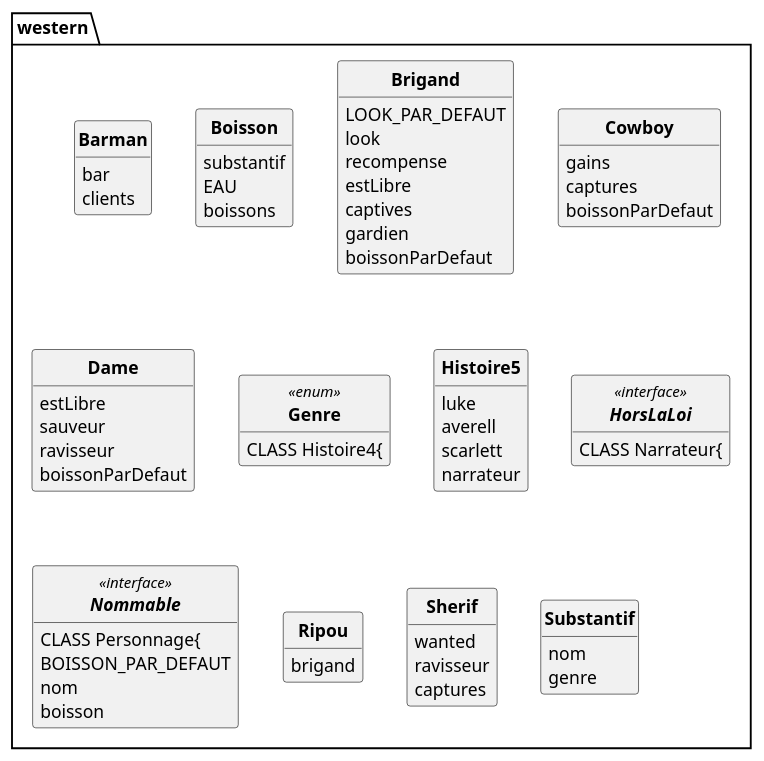
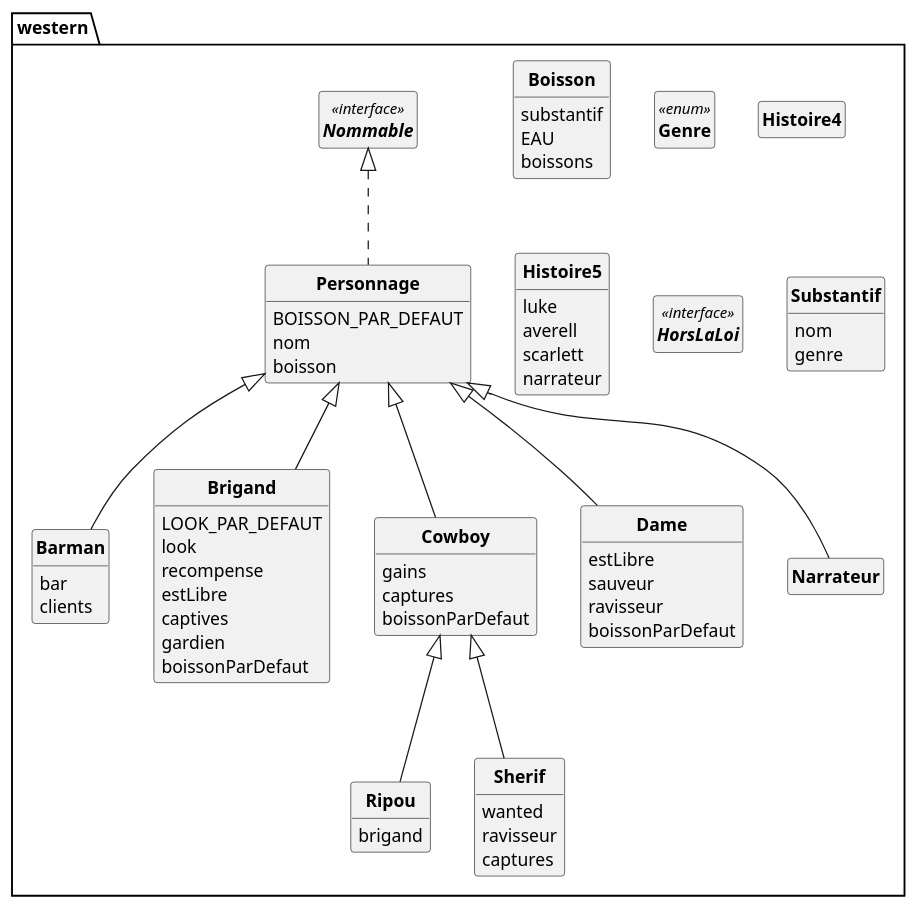
One commit to D3B1RUM4N/PumlFromJava changed the diagram in out/production/p21_projet/pumlCode.puml. Above: the diagram before and after it, drawn with PlantUML. The commit also changed 16 other files, not shown here.

Commit message:
je crois le diagramme generer est bon

```diff
--- a/out/production/p21_projet/pumlCode.puml
+++ b/out/production/p21_projet/pumlCode.puml
@@ -1,100 +1,105 @@
 @startuml
 
 'UML GENERE PAR CODE :)
 
 skinparam style strictuml
 skinparam classAttributeIconSize 0
 skinparam classFontStyle Bold
 hide empty members
 
 PACKAGE western{
-	CLASS Barman{
+	CLASS Barman  extends western.Personnage {
 		bar
 		clients
 	}
 
 
-	CLASS Boisson{
+	CLASS Boisson  {
 		substantif
 		EAU
 		boissons
 	}
 
 
-	CLASS Brigand{
+	CLASS Brigand extends Personnage {
 		LOOK_PAR_DEFAUT
 		look
 		recompense
 		estLibre
 		captives
 		gardien
 		boissonParDefaut
 	}
 
 
-	CLASS Cowboy{
+	CLASS Cowboy  extends western.Personnage {
 		gains
 		captures
 		boissonParDefaut
 	}
 
 
-	CLASS Dame{
+	CLASS Dame  extends western.Personnage {
 		estLibre
 		sauveur
 		ravisseur
 		boissonParDefaut
 	}
 
 
 	ENUM Genre<<enum>>{
-	CLASS Histoire4{
+
+	}
+
+	CLASS Histoire4  {
 	}
 
 
-	CLASS Histoire5{
+	CLASS Histoire5  {
 		luke
 		averell
 		scarlett
 		narrateur
 	}
 
 
 	INTERFACE HorsLaLoi<<interface>>{
 
+	}
 
-	CLASS Narrateur{
+	CLASS Narrateur  extends western.Personnage {
 	}
 
 
 	INTERFACE Nommable<<interface>>{
 
+	}
 
-	CLASS Personnage{
+	CLASS Personnage  implements western.Nommable {
 		BOISSON_PAR_DEFAUT
 		nom
 		boisson
 	}
 
 
-	CLASS Ripou{
+	CLASS Ripou  extends western.Cowboy {
 		brigand
 	}
 
 
-	CLASS Sherif{
+	CLASS Sherif  extends western.Cowboy {
 		wanted
 		ravisseur
 		captures
 	}
 
 
-	CLASS Substantif{
+	CLASS Substantif  {
 		nom
 		genre
 	}
 
 
 
 }
 @enduml
```
